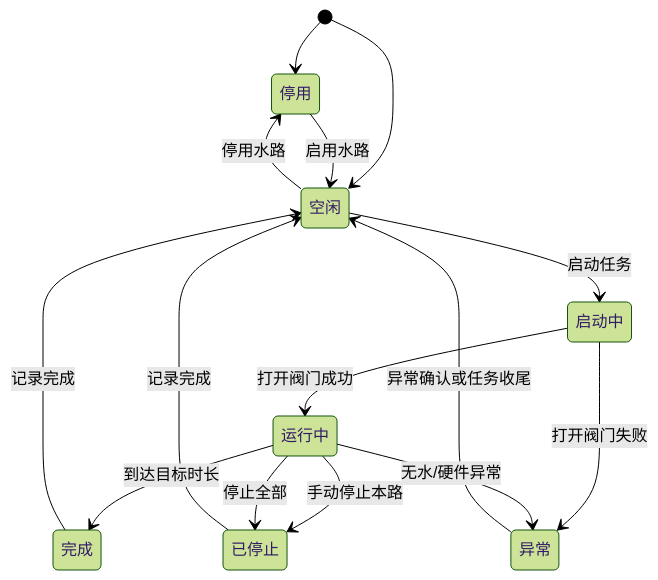
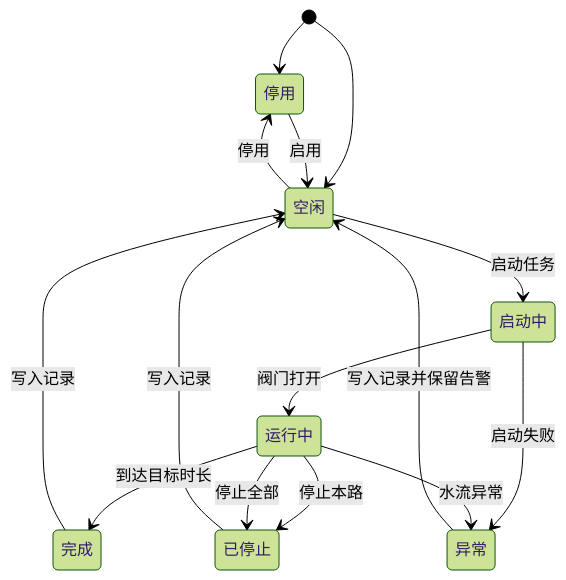
The first of 6 diagrams in 灌溉系统核心逻辑说明.md (tangyangguang/Esp32_Irrigation), drawn with Mermaid (forest theme) before and after one commit. The commit also changed other lines of this file, not shown here.

````diff
--- a/灌溉系统核心逻辑说明.md
+++ b/灌溉系统核心逻辑说明.md
@@ -144,21 +113,21 @@
 ```mermaid
 stateDiagram-v2
     [*] --> 停用
     [*] --> 空闲
 
-    停用 --> 空闲: 启用水路
-    空闲 --> 停用: 停用水路
+    停用 --> 空闲: 启用
+    空闲 --> 停用: 停用
 
     空闲 --> 启动中: 启动任务
-    启动中 --> 运行中: 打开阀门成功
-    启动中 --> 异常: 打开阀门失败
+    启动中 --> 运行中: 阀门打开
+    启动中 --> 异常: 启动失败
 
     运行中 --> 完成: 到达目标时长
-    运行中 --> 已停止: 手动停止本路
-    运行中 --> 异常: 无水/硬件异常
+    运行中 --> 已停止: 停止本路
     运行中 --> 已停止: 停止全部
+    运行中 --> 异常: 水流异常
 
-    完成 --> 空闲: 记录完成
-    已停止 --> 空闲: 记录完成
-    异常 --> 空闲: 异常确认或任务收尾
+    完成 --> 空闲: 写入记录
+    已停止 --> 空闲: 写入记录
+    异常 --> 空闲: 写入记录并保留告警
 ```
````
